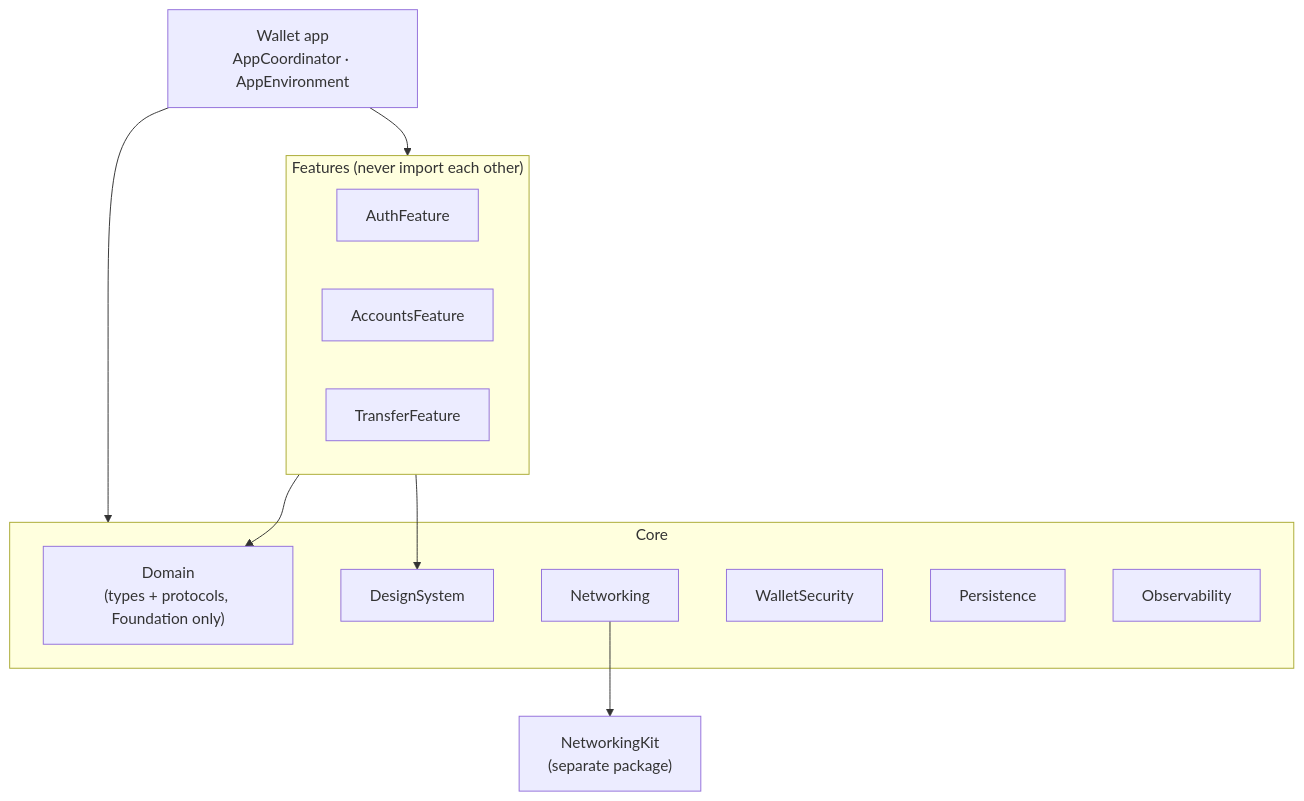
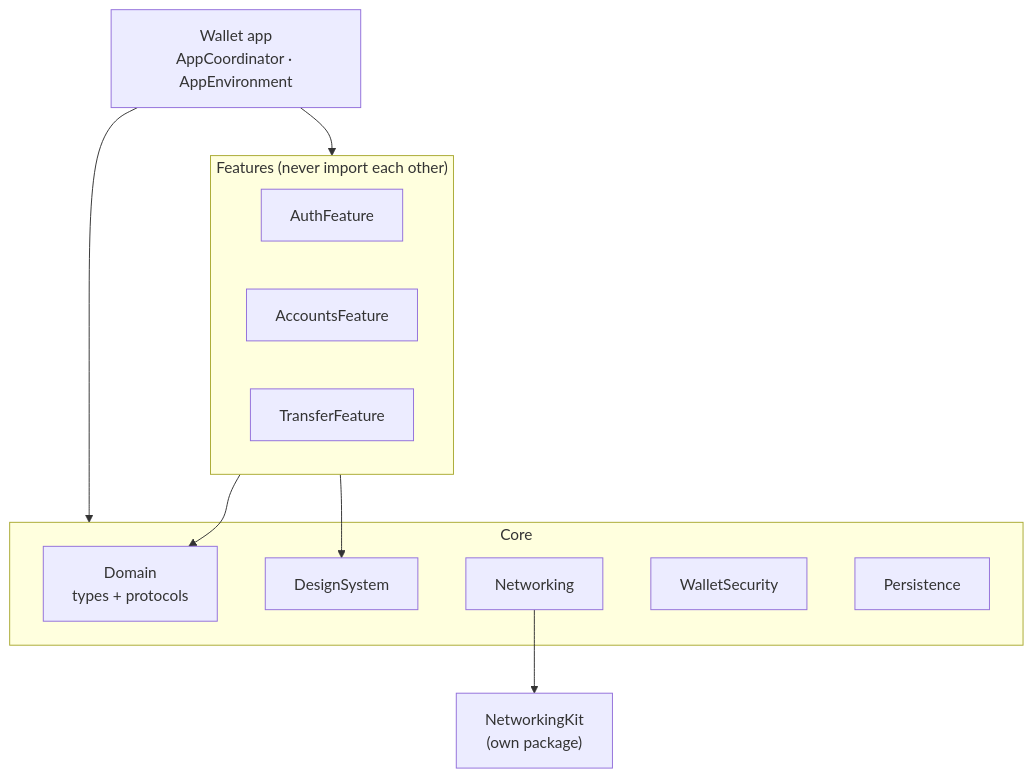
One commit to jowong123/BankingAppSwiftUI changed the first of 3 diagrams in README.md. Above: the diagram before and after it, drawn with Mermaid. The commit also changed other lines of this file, not shown here.

````diff
--- a/README.md
+++ b/README.md
@@ -28,22 +27,21 @@
 ```mermaid
 flowchart TD
     App["Wallet app<br/>AppCoordinator · AppEnvironment"]
     subgraph Features["Features (never import each other)"]
         Auth[AuthFeature]
         Acc[AccountsFeature]
         Tr[TransferFeature]
     end
     subgraph Core
-        Domain["Domain<br/>(types + protocols, Foundation only)"]
+        Domain["Domain<br/>types + protocols"]
         DesignSystem
         Networking
         WalletSecurity
         Persistence
-        Observability
     end
     App --> Features
     App --> Core
     Features --> Domain
     Features --> DesignSystem
-    Networking --> NetworkingKit["NetworkingKit<br/>(separate package)"]
+    Networking --> NetworkingKit["NetworkingKit<br/>(own package)"]
 ```
````
